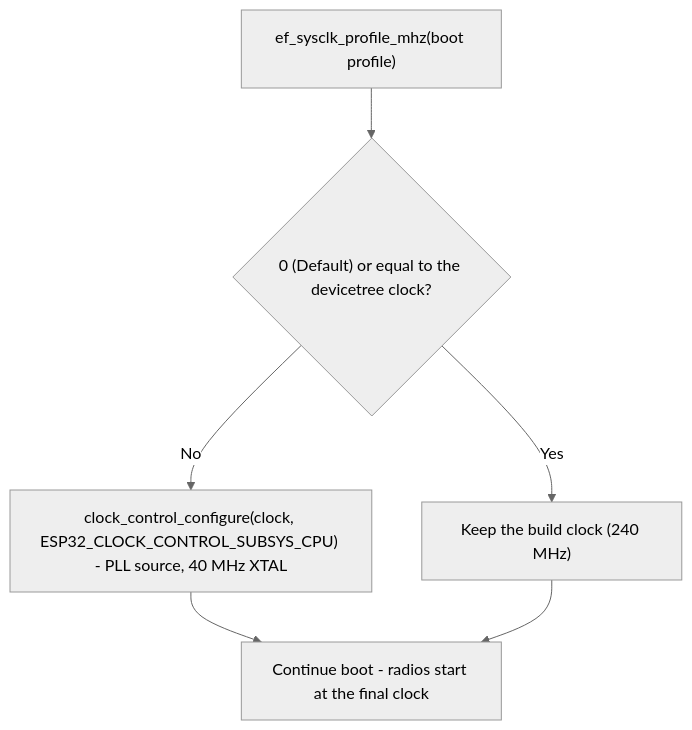
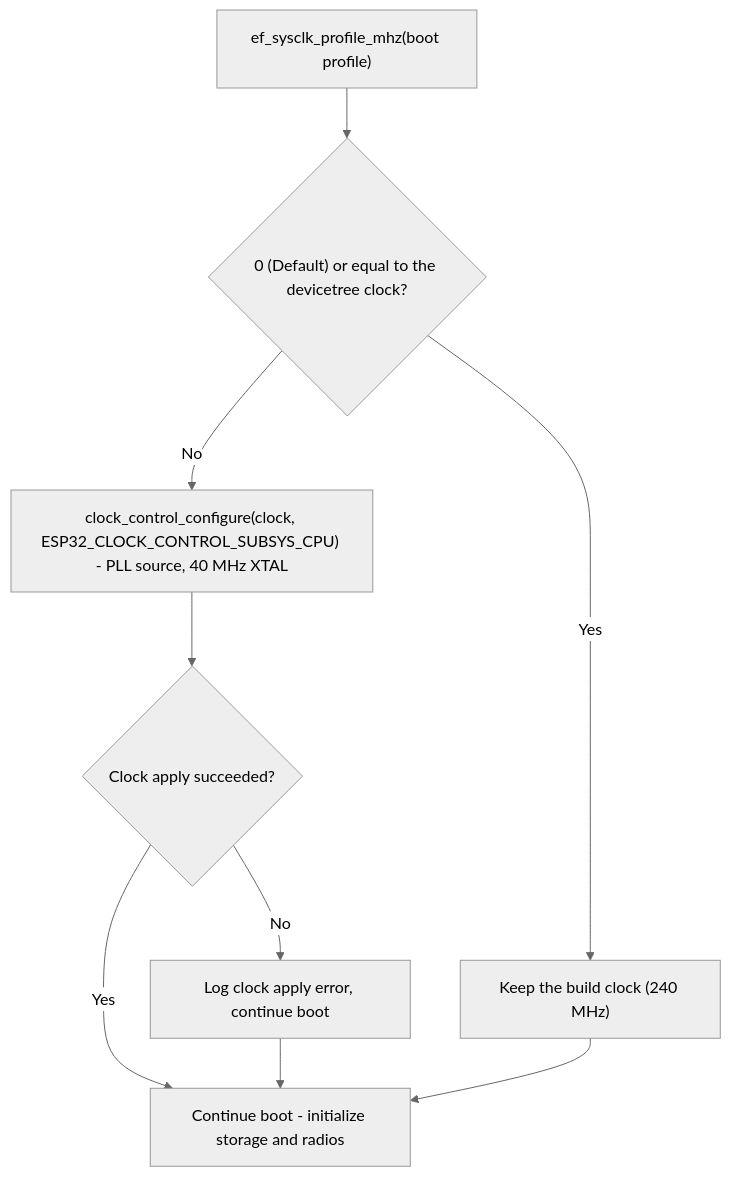
Before and after one commit to djwinter29-oss/ESPForge: the sixth of 6 diagrams in docs/reference/settings.md, drawn with Mermaid (neutral theme). The commit also changed other lines of this file and 57 other files, not shown here.

````diff
--- a/docs/reference/settings.md
+++ b/docs/reference/settings.md
@@ -223,8 +261,11 @@
 ```mermaid
 flowchart TD
     A["ef_sysclk_profile_mhz(boot profile)"] --> B{"0 (Default) or equal to the devicetree clock?"}
     B -->|Yes| Keep["Keep the build clock (240 MHz)"]
     B -->|No| Cfg["clock_control_configure(clock, ESP32_CLOCK_CONTROL_SUBSYS_CPU) - PLL source, 40 MHz XTAL"]
-    Cfg --> Run["Continue boot - radios start at the final clock"]
+    Cfg --> Result{"Clock apply succeeded?"}
+    Result -->|Yes| Run["Continue boot - initialize storage and radios"]
+    Result -->|No| Warn["Log clock apply error, continue boot"]
+    Warn --> Run
     Keep --> Run
 ```
````
